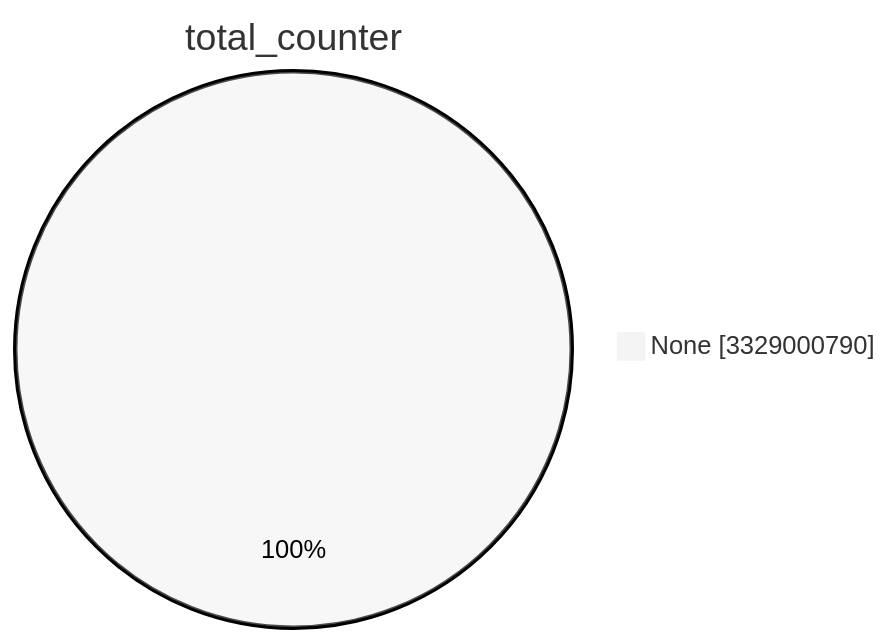
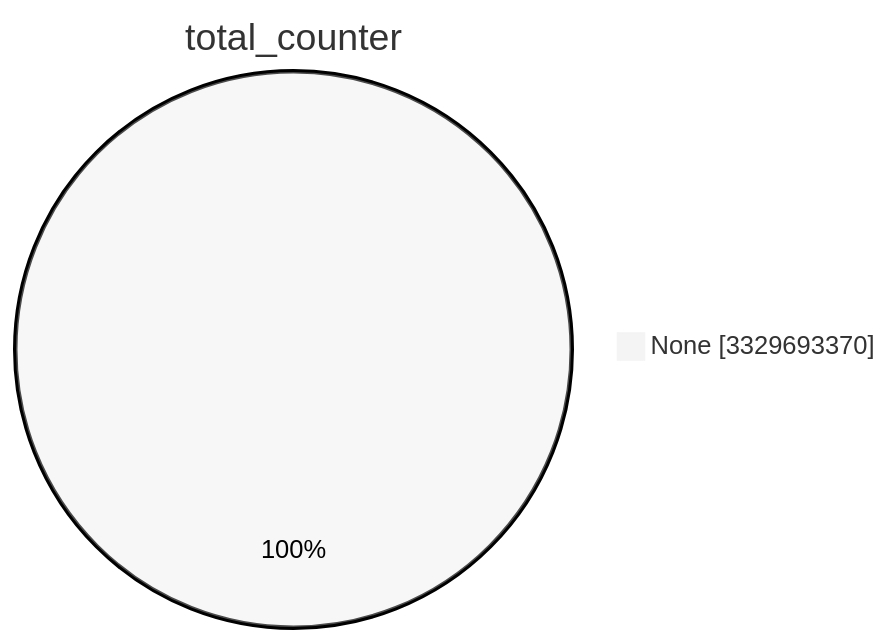
Before and after one commit to christiankrug/ctmonitor_visualization: the first of 15 diagrams in TOTAL/README.md, drawn with Mermaid (neutral theme). The commit also changed other lines of this file, not shown here.

````diff
--- a/TOTAL/README.md
+++ b/TOTAL/README.md
@@ -1,5 +1,5 @@
 ```mermaid
 pie showData
 title total_counter
-"None" :3329000790
+"None" :3329693370
 ```
````
